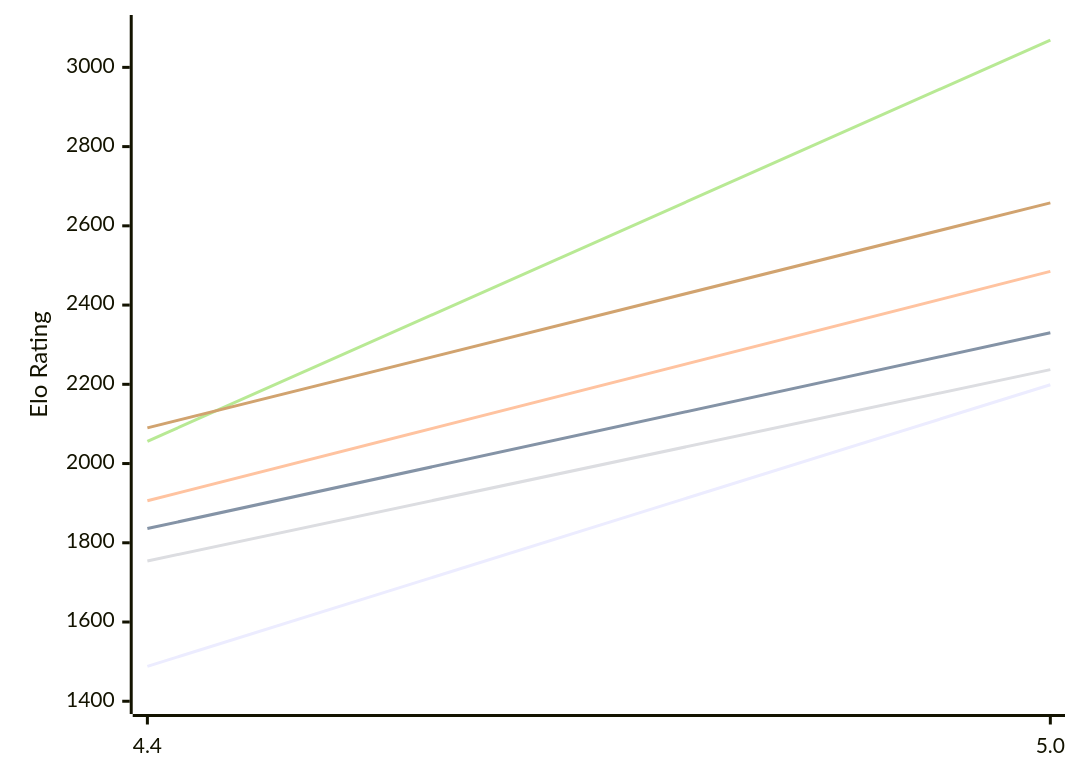
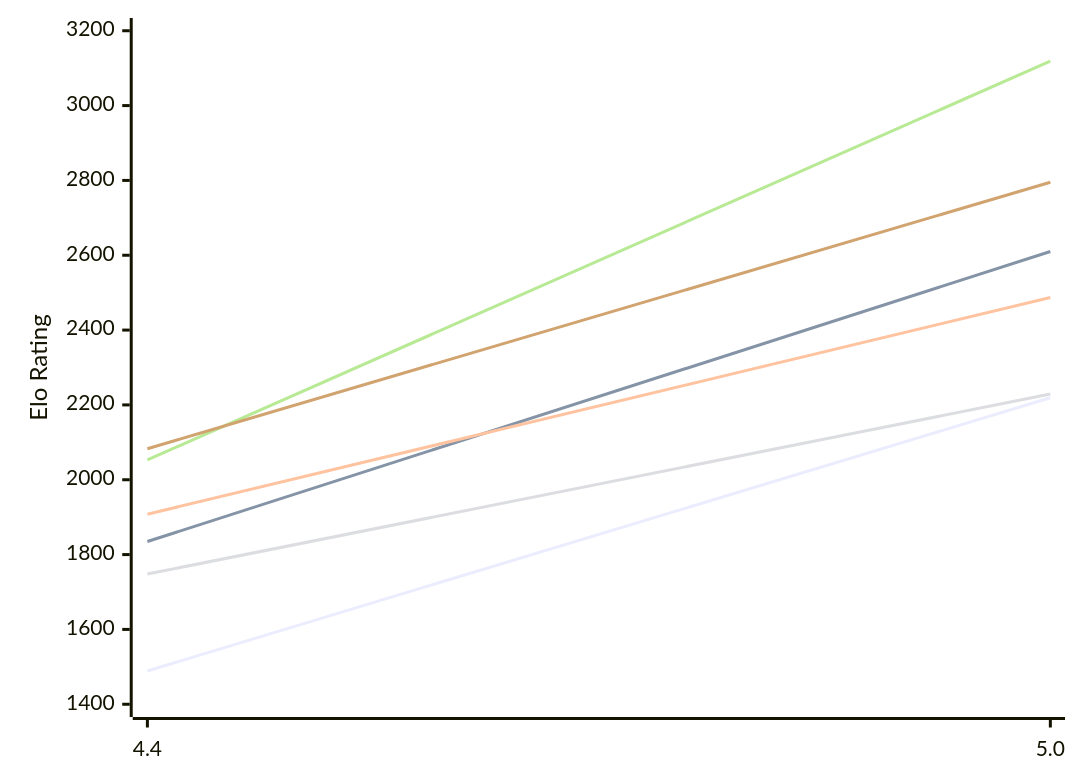
One commit to computer-chess-index/cci changed the first of 2 diagrams in engines/Radiance.md. Above: the diagram before and after it, drawn with Mermaid. The commit also changed other lines of this file, not shown here.

Commit message:
Update CCI Ratings (ELO VLTC) - 2026-10-12

````diff
--- a/engines/Radiance.md
+++ b/engines/Radiance.md
@@ -51,12 +51,12 @@
 ```mermaid
 %%{init: {"theme":"base","themeVariables":{"seriesColors:['#a3a3a3','#222221','#faa371']}}}%%
 xychart-beta
   x-axis ["4.4", "5.0"]
-  y-axis "Elo Rating" 1400 --> 3100
-  line "E1: STC (8.0+0.08s)" [1488, 2199]
-  line "E1: LTC (60.0+0.60s)" [1836, 2330]
-  line "E1: VLTC (2m24s+1.12s)" [1906, 2485]
-  line "P1: STC (8.0+0.08s)" [1754, 2237]
-  line "P1: LTC (60.0+0.60s)" [2056, 3069]
-  line "P1: VLTC (2m24s+1.12s)" [2090, 2658]
+  y-axis "Elo Rating" 1400 --> 3200
+  line "E1: STC (8.0+0.08s)" [1489, 2219]
+  line "E1: LTC (60.0+0.60s)" [1835, 2610]
+  line "E1: VLTC (2m24s+1.12s)" [1908, 2487]
+  line "P1: STC (8.0+0.08s)" [1748, 2229]
+  line "P1: LTC (60.0+0.60s)" [2053, 3119]
+  line "P1: VLTC (2m24s+1.12s)" [2083, 2795]
 ```
````
